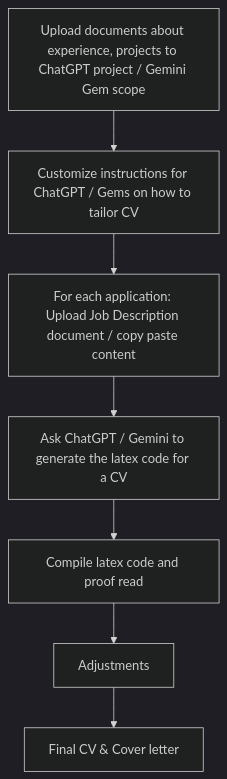
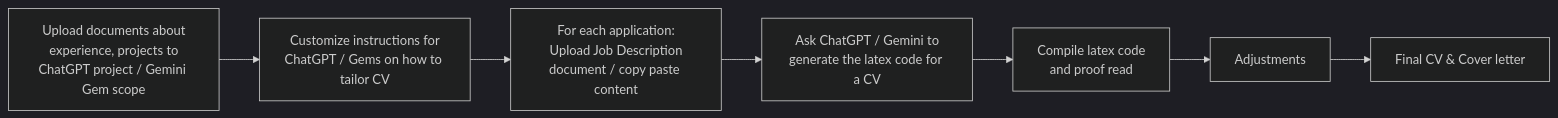
Before and after one commit to nilanka-weeraman/nilanka-weeraman.github.io: the diagram in _posts/2026-02-06-configuring_using_agent_skills.md, drawn with Mermaid (dark theme).

Commit message:
mermaid fix codex

````diff
--- a/_posts/2026-02-06-configuring_using_agent_skills.md
+++ b/_posts/2026-02-06-configuring_using_agent_skills.md
@@ -18,9 +18,9 @@
 ```mermaid
-flowchart TD
-    A[Upload documents about experience, projects to ChatGPT project / Gemini Gem scope] --> B[Customize instructions for ChatGPT / Gems on how to tailor CV]
-    B --> C[For each application: Upload Job Description document / copy paste content]
-    C --> D[Ask ChatGPT / Gemini to generate the latex code for a CV]
-    D --> E[Compile latex code and proof read]
+flowchart LR
+    A[Upload documents about<br/>experience, projects to<br/>ChatGPT project / Gemini Gem scope] --> B[Customize instructions for<br/>ChatGPT / Gems on how to tailor CV]
+    B --> C[For each application:<br/>Upload Job Description<br/>document / copy paste content]
+    C --> D[Ask ChatGPT / Gemini to<br/>generate the latex code for a CV]
+    D --> E[Compile latex code<br/>and proof read]
     E --> F[Adjustments]
     F --> G[Final CV & Cover letter]
 ```
````
